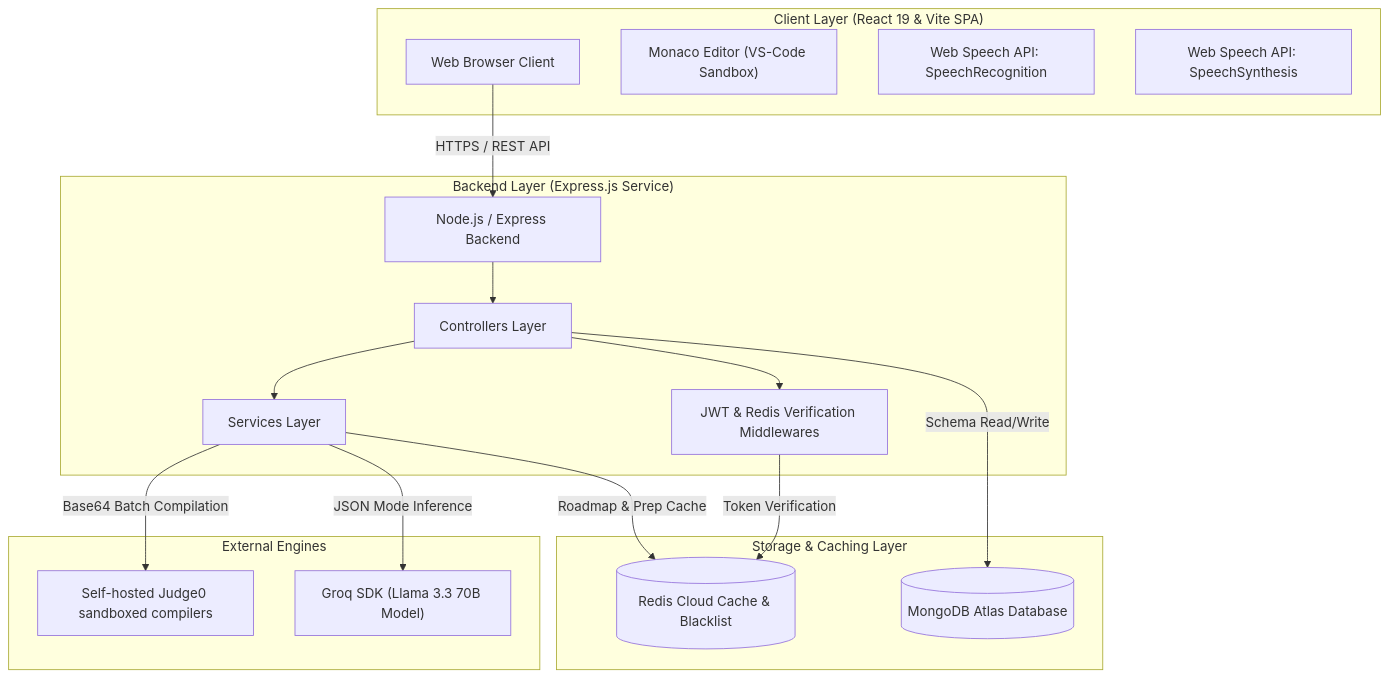
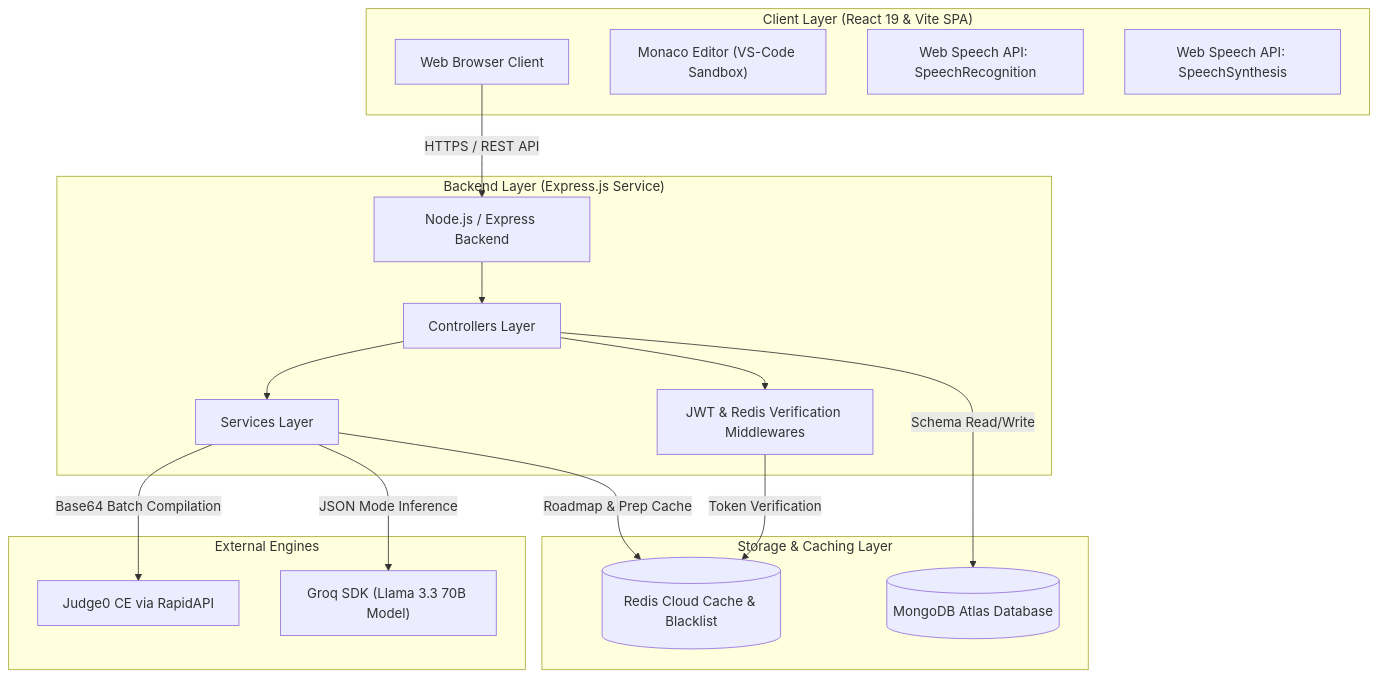
The first of 3 diagrams in README.md (Hars-cpu/JD-AND-RESUME-BASED-AI-INTERVIEW), drawn with Mermaid before and after one commit. The commit also changed other lines of this file and 3 other files, not shown here.

````diff
--- a/README.md
+++ b/README.md
@@ -27,33 +27,33 @@
 ```mermaid
 graph TD
     %% Client Layer
     subgraph ClientLayer ["Client Layer (React 19 & Vite SPA)"]
         Browser["Web Browser Client"]
         Monaco["Monaco Editor (VS-Code Sandbox)"]
         SpeechRecognition["Web Speech API: SpeechRecognition"]
         SpeechSynthesis["Web Speech API: SpeechSynthesis"]
     end
 
     %% Network Gateways
     Browser -->|HTTPS / REST API| API_Gateway["Node.js / Express Backend"]
 
     %% Backend Layer
     subgraph BackendLayer ["Backend Layer (Express.js Service)"]
         API_Gateway --> Controllers["Controllers Layer"]
         Controllers --> Services["Services Layer"]
         Controllers --> Middlewares["JWT & Redis Verification Middlewares"]
     end
 
     %% Caching and Database
     subgraph StorageLayer ["Storage & Caching Layer"]
         Middlewares -->|Token Verification| RedisCache[("Redis Cloud Cache & Blacklist")]
         Services -->|Roadmap & Prep Cache| RedisCache
         Controllers -->|Schema Read/Write| MongoDB[("MongoDB Atlas Database")]
     end
 
     %% External Interfaces
     subgraph ExternalServices ["External Engines"]
-        Services -->|Base64 Batch Compilation| Judge0["Self-hosted Judge0 sandboxed compilers"]
+        Services -->|Base64 Batch Compilation| Judge0["Judge0 CE via RapidAPI"]
         Services -->|JSON Mode Inference| Groq["Groq SDK (Llama 3.3 70B Model)"]
     end
 ```
````
